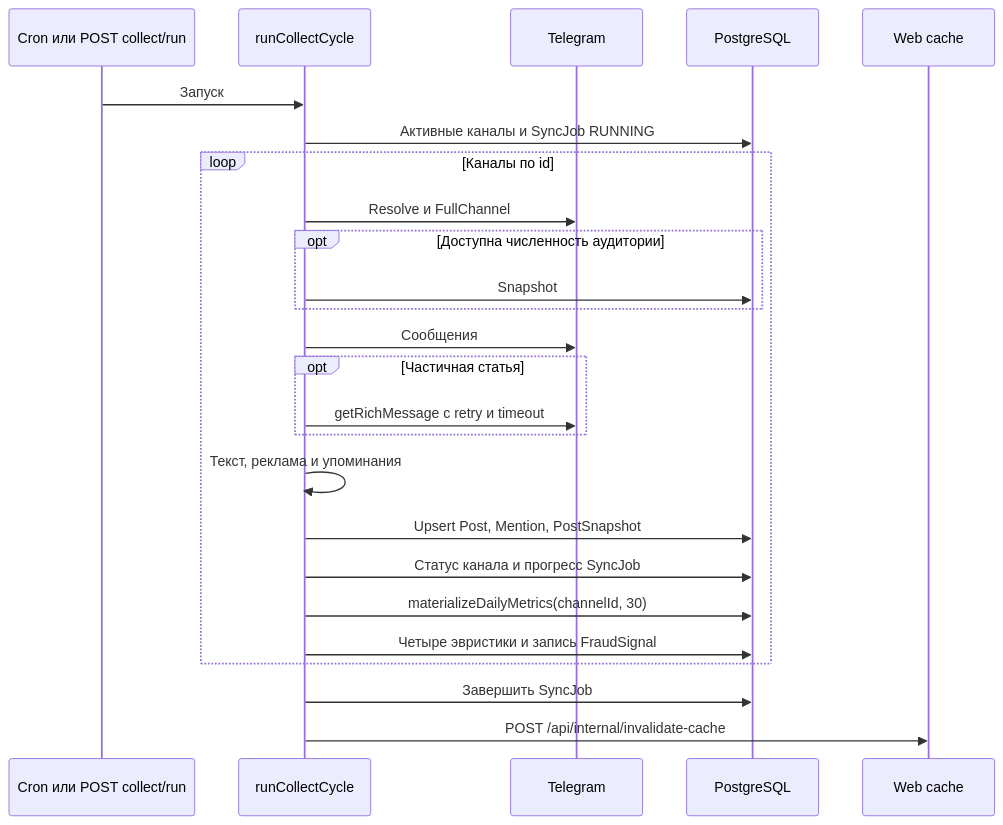
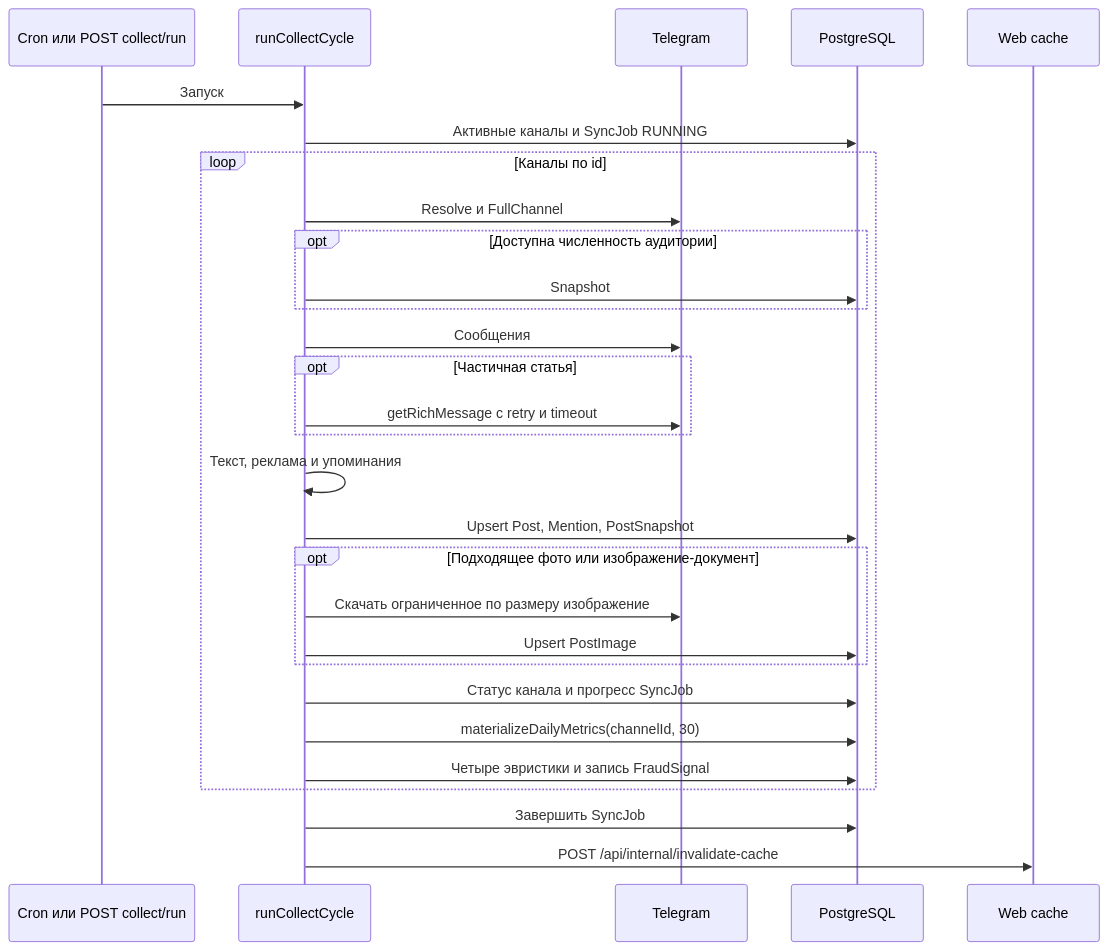
One commit to liquidsyntes/tg_mons changed the second of 2 diagrams in docs/architecture.md. Above: the diagram before and after it, drawn with Mermaid. The commit also changed other lines of this file and 15 other files, not shown here.

````diff
--- a/docs/architecture.md
+++ b/docs/architecture.md
@@ -65,27 +66,31 @@
 ```mermaid
 sequenceDiagram
     participant S as Cron или POST collect/run
     participant C as runCollectCycle
     participant T as Telegram
     participant D as PostgreSQL
     participant W as Web cache
     S->>C: Запуск
     C->>D: Активные каналы и SyncJob RUNNING
     loop Каналы по id
         C->>T: Resolve и FullChannel
         opt Доступна численность аудитории
             C->>D: Snapshot
         end
         C->>T: Сообщения
         opt Частичная статья
             C->>T: getRichMessage с retry и timeout
         end
         C->>C: Текст, реклама и упоминания
         C->>D: Upsert Post, Mention, PostSnapshot
+        opt Подходящее фото или изображение-документ
+            C->>T: Скачать ограниченное по размеру изображение
+            C->>D: Upsert PostImage
+        end
         C->>D: Статус канала и прогресс SyncJob
         C->>D: materializeDailyMetrics(channelId, 30)
         C->>D: Четыре эвристики и запись FraudSignal
     end
     C->>D: Завершить SyncJob
     C->>W: POST /api/internal/invalidate-cache
 ```
````
